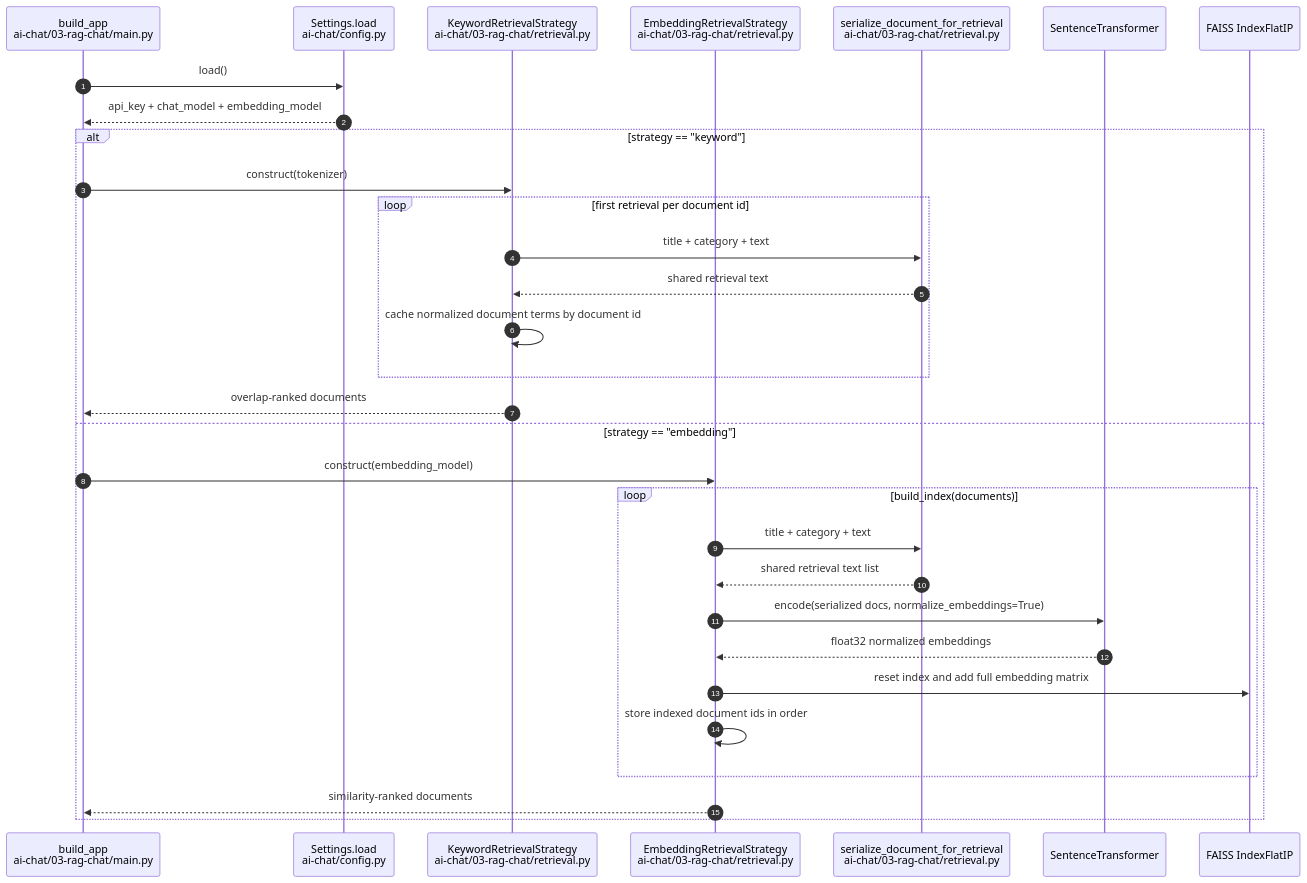
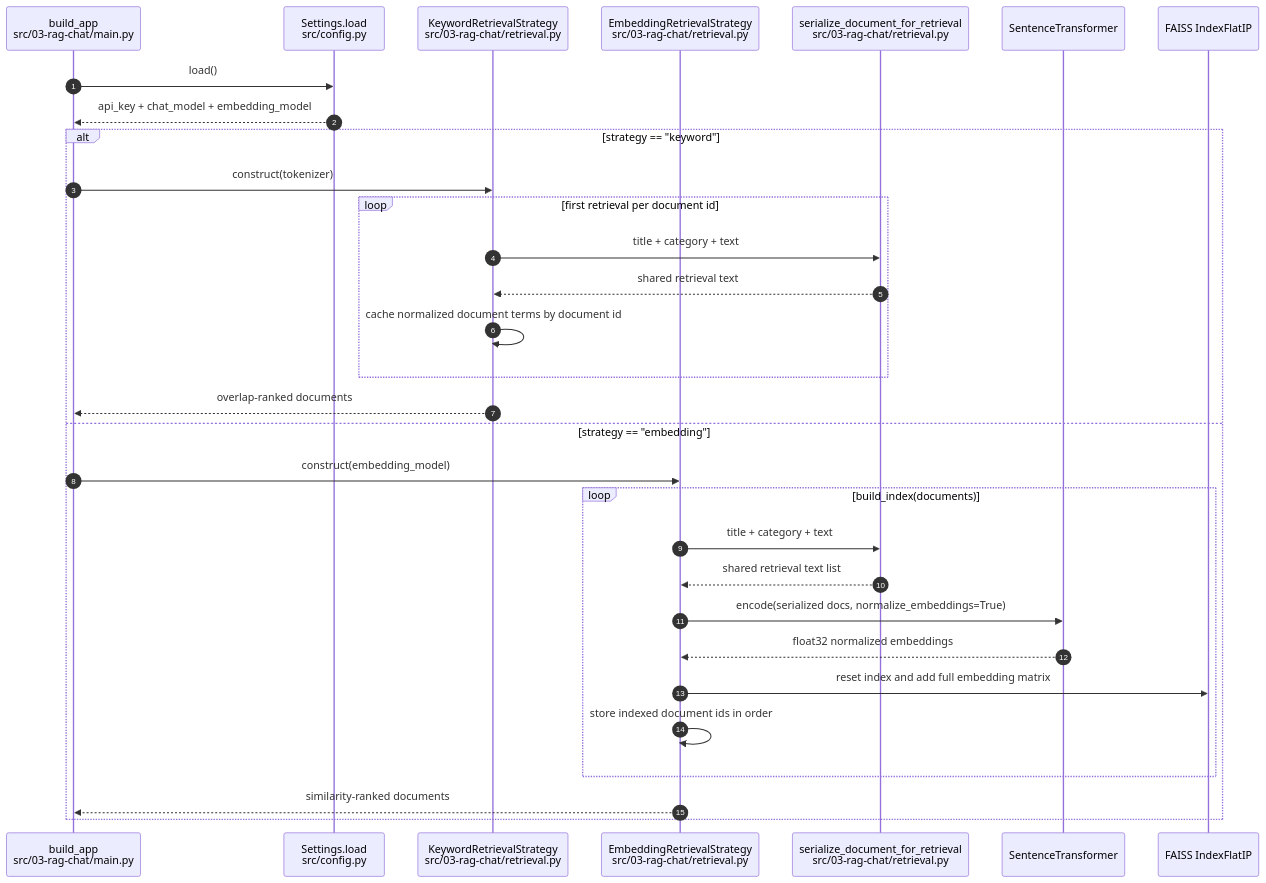
The fifth of 8 diagrams in Architecture.md (yao-creative/ai-playground), drawn with Mermaid before and after one commit. The commit also changed other lines of this file and 6 other files, not shown here.

Commit message:
renamed ai-chat to src

````diff
--- a/Architecture.md
+++ b/Architecture.md
@@ -435,34 +435,34 @@
 ```mermaid
 sequenceDiagram
     autonumber
-    participant Main as build_app<br/>ai-chat/03-rag-chat/main.py
-    participant Settings as Settings.load<br/>ai-chat/config.py
-    participant Keyword as KeywordRetrievalStrategy<br/>ai-chat/03-rag-chat/retrieval.py
-    participant Embed as EmbeddingRetrievalStrategy<br/>ai-chat/03-rag-chat/retrieval.py
-    participant Serialize as serialize_document_for_retrieval<br/>ai-chat/03-rag-chat/retrieval.py
+    participant Main as build_app<br/>src/03-rag-chat/main.py
+    participant Settings as Settings.load<br/>src/config.py
+    participant Keyword as KeywordRetrievalStrategy<br/>src/03-rag-chat/retrieval.py
+    participant Embed as EmbeddingRetrievalStrategy<br/>src/03-rag-chat/retrieval.py
+    participant Serialize as serialize_document_for_retrieval<br/>src/03-rag-chat/retrieval.py
     participant ST as SentenceTransformer
     participant Faiss as FAISS IndexFlatIP
 
     Main->>Settings: load()
     Settings-->>Main: api_key + chat_model + embedding_model
     alt strategy == "keyword"
         Main->>Keyword: construct(tokenizer)
         loop first retrieval per document id
             Keyword->>Serialize: title + category + text
             Serialize-->>Keyword: shared retrieval text
             Keyword->>Keyword: cache normalized document terms by document id
         end
         Keyword-->>Main: overlap-ranked documents
     else strategy == "embedding"
         Main->>Embed: construct(embedding_model)
         loop build_index(documents)
             Embed->>Serialize: title + category + text
             Serialize-->>Embed: shared retrieval text list
             Embed->>ST: encode(serialized docs, normalize_embeddings=True)
             ST-->>Embed: float32 normalized embeddings
             Embed->>Faiss: reset index and add full embedding matrix
             Embed->>Embed: store indexed document ids in order
         end
         Embed-->>Main: similarity-ranked documents
     end
 ```
````
